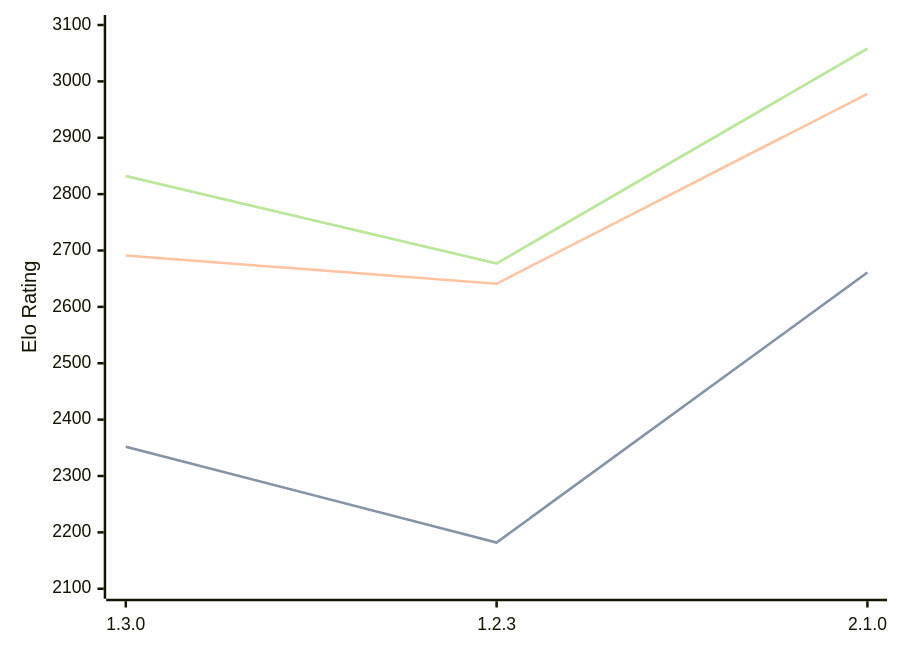
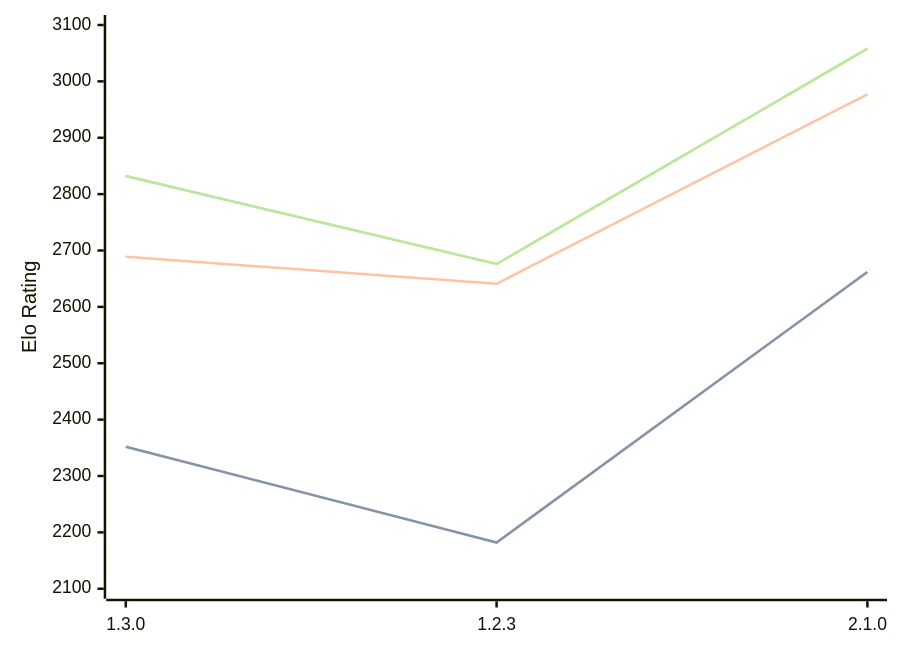
Before and after one commit to computer-chess-index/cci: the third of 3 diagrams in engines/Aspen.md, drawn with Mermaid. The commit also changed other lines of this file, not shown here.

Commit message:
Update CCI Ratings (ELO VLTC) - 2026-06-17

````diff
--- a/engines/Aspen.md
+++ b/engines/Aspen.md
@@ -76,11 +76,11 @@
 ```mermaid
 %%{init: {"theme":"base","themeVariables":{"seriesColors:['#a3a3a3','#222221','#faa371']}}}%%
 xychart-beta
   x-axis ["1.3.0", "1.2.3", "2.1.0"]
   y-axis "Elo Rating" 2100 --> 3100
-  line "STC (8.0+0.08s)" [2352, 2182, 2661]
-  line "STC (8.0+0.08s)" [2352, 2182, 2661]
-  line "LTC (60.0+0.60s)" [2691, 2641, 2978]
-  line "VLTC (2m24s+1.12s)" [2832, 2677, 3058]
-  line "VLTC (2m24s+1.12s)" [2832, 2677, 3058]
+  line "STC (8.0+0.08s)" [2352, 2182, 2662]
+  line "STC (8.0+0.08s)" [2352, 2182, 2662]
+  line "LTC (60.0+0.60s)" [2689, 2641, 2977]
+  line "VLTC (2m24s+1.12s)" [2832, 2676, 3058]
+  line "VLTC (2m24s+1.12s)" [2832, 2676, 3058]
 ```
````
